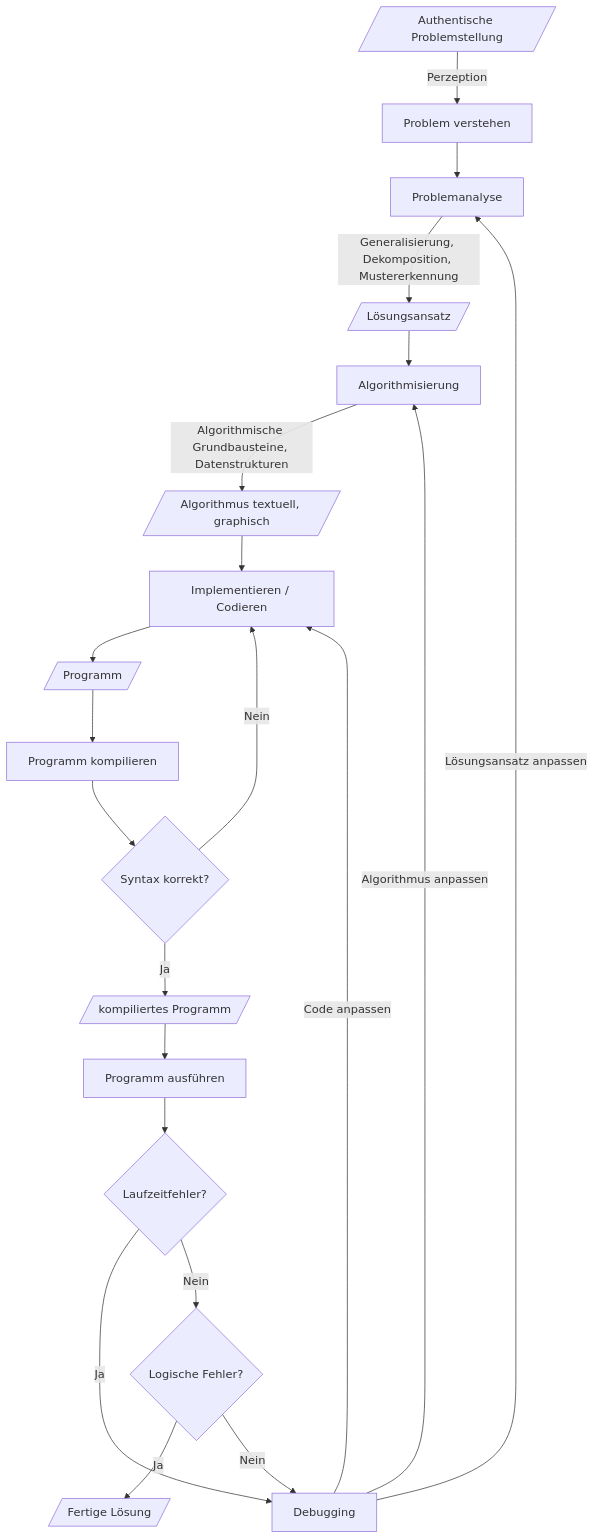
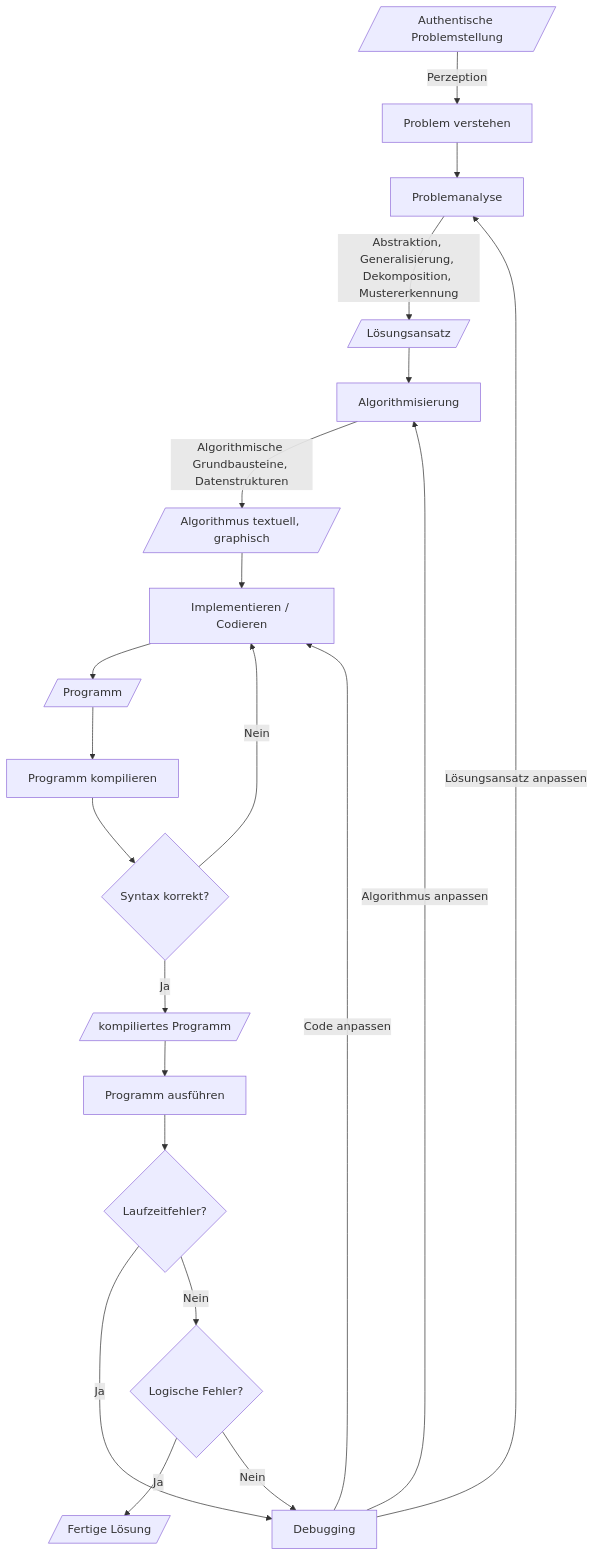
One commit to clander/voprogrammieren changed the diagram in Didaktik/Zentrale-Ideen.md. Above: the diagram before and after it, drawn with Mermaid. The commit also changed other lines of this file and 1 other file, not shown here.

````diff
--- a/Didaktik/Zentrale-Ideen.md
+++ b/Didaktik/Zentrale-Ideen.md
@@ -70,22 +71,22 @@
 ```mermaid
 flowchart TD
     A[/Authentische Problemstellung/] 
     --> |Perzeption|B[Problem verstehen] 
     --> C[Problemanalyse] 
-    --> |Generalisierung, Dekomposition, Mustererkennung|D[/Lösungsansatz/] 
+    --> |Abstraktion, Generalisierung, Dekomposition, Mustererkennung|D[/Lösungsansatz/] 
     --> E[Algorithmisierung] 
     --> |Algorithmische Grundbausteine, Datenstrukturen| F[/Algorithmus textuell, graphisch/] 
     --> G[Implementieren / Codieren] 
     --> H[/Programm/]
     --> I[Programm kompilieren] 
     --> J{Syntax korrekt?}
     --> |Nein| G
     J -->|Ja| K[/kompiliertes Programm/] 
     K --> L[Programm ausführen]
     L --> Q{Laufzeitfehler?}-->|Ja|M
     Q-->|Nein|N{Logische Fehler?} 
     -->|Ja| O[/Fertige Lösung/]
     N --> |Nein| M[Debugging]-->|Code anpassen|G
     M -->|Lösungsansatz anpassen|C
     M --> |Algorithmus anpassen|E
 ```
````
